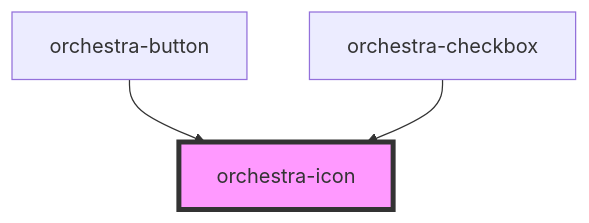
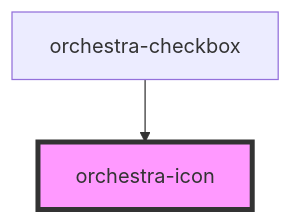
One commit to yannisabel/orchestra changed the diagram in packages/core/src/components/icon/readme.md. Above: the diagram before and after it, drawn with Mermaid. The commit also changed other lines of this file and 25 other files, not shown here.

````diff
--- a/packages/core/src/components/icon/readme.md
+++ b/packages/core/src/components/icon/readme.md
@@ -34,6 +34,5 @@
 ```mermaid
 graph TD;
-  orchestra-button --> orchestra-icon
   orchestra-checkbox --> orchestra-icon
   style orchestra-icon fill:#f9f,stroke:#333,stroke-width:4px
 ```
````
